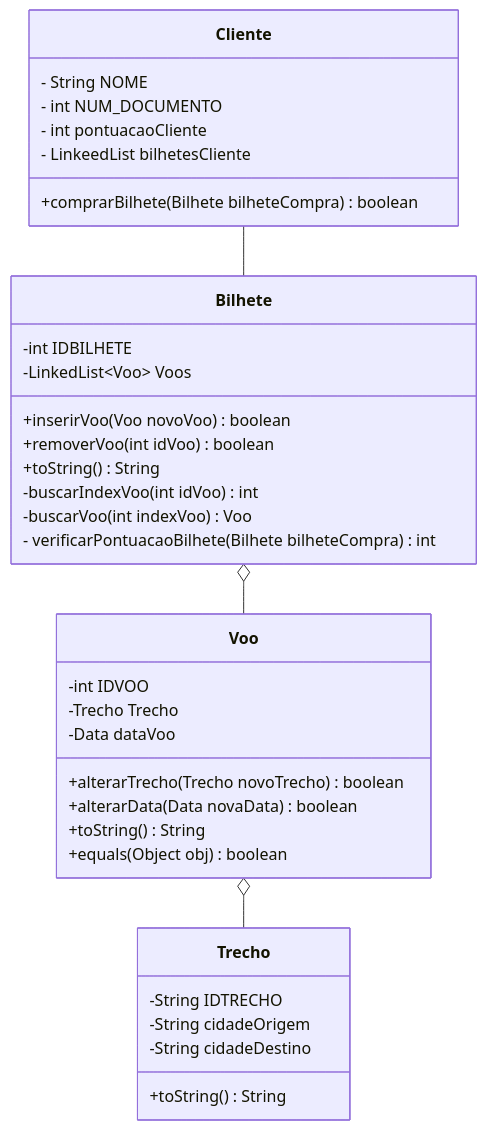
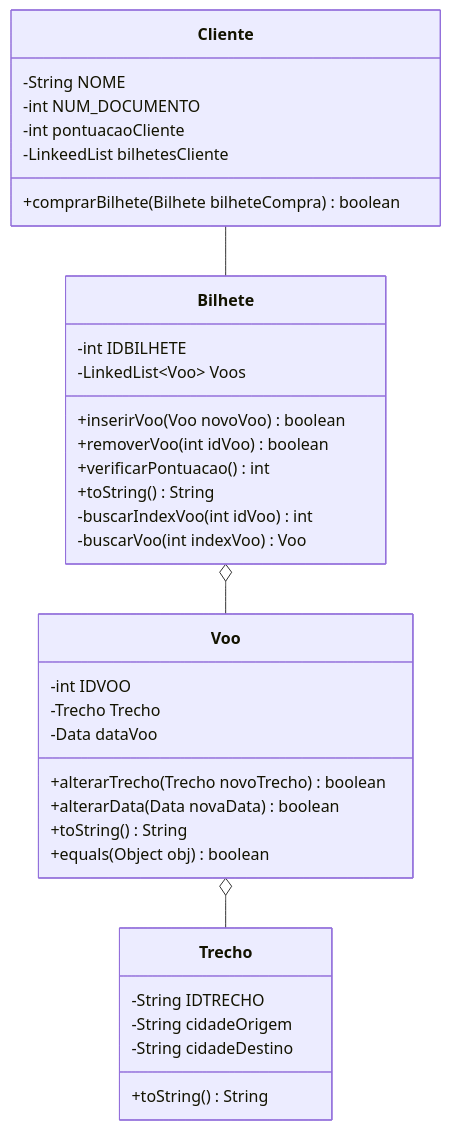
One commit to DisciplinasProgramacao/tp_em_grupo-grupododiogo changed the diagram in README.md. Above: the diagram before and after it, drawn with Mermaid.

Commit message:
Update README.md
correções método verificarPontuacao de um bilhete

````diff
--- a/README.md
+++ b/README.md
@@ -78,42 +78,43 @@
 ```mermaid
 classDiagram
+class Cliente {
+-String NOME
+-int NUM_DOCUMENTO
+-int pontuacaoCliente
+-LinkeedList<Bilhete> bilhetesCliente
++comprarBilhete(Bilhete bilheteCompra) boolean
+}
+
 class Bilhete {
  -int IDBILHETE
  -LinkedList~Voo~ Voos
  +inserirVoo(Voo novoVoo) boolean
  +removerVoo(int idVoo) boolean
+ +verificarPontuacao() int
  +toString() String
  -buscarIndexVoo(int idVoo) int
  -buscarVoo(int indexVoo) Voo
- - verificarPontuacaoBilhete(Bilhete bilheteCompra) int
 }
 
 class Voo {
  -int IDVOO
  -Trecho Trecho
  -Data dataVoo
  +alterarTrecho(Trecho novoTrecho) boolean
  +alterarData(Data novaData) boolean
  +toString() String
  +equals(Object obj) boolean
 }
 
 class Trecho {
  -String IDTRECHO
  -String cidadeOrigem
  -String cidadeDestino
  +toString() String
 }
 
-class Cliente {
-- String NOME
-- int NUM_DOCUMENTO
-- int pontuacaoCliente
-- LinkeedList<Bilhete> bilhetesCliente
-+comprarBilhete(Bilhete bilheteCompra) boolean
-}
 Cliente -- Bilhete
 Bilhete o-- Voo
 Voo o-- Trecho
 end
 ```
````
